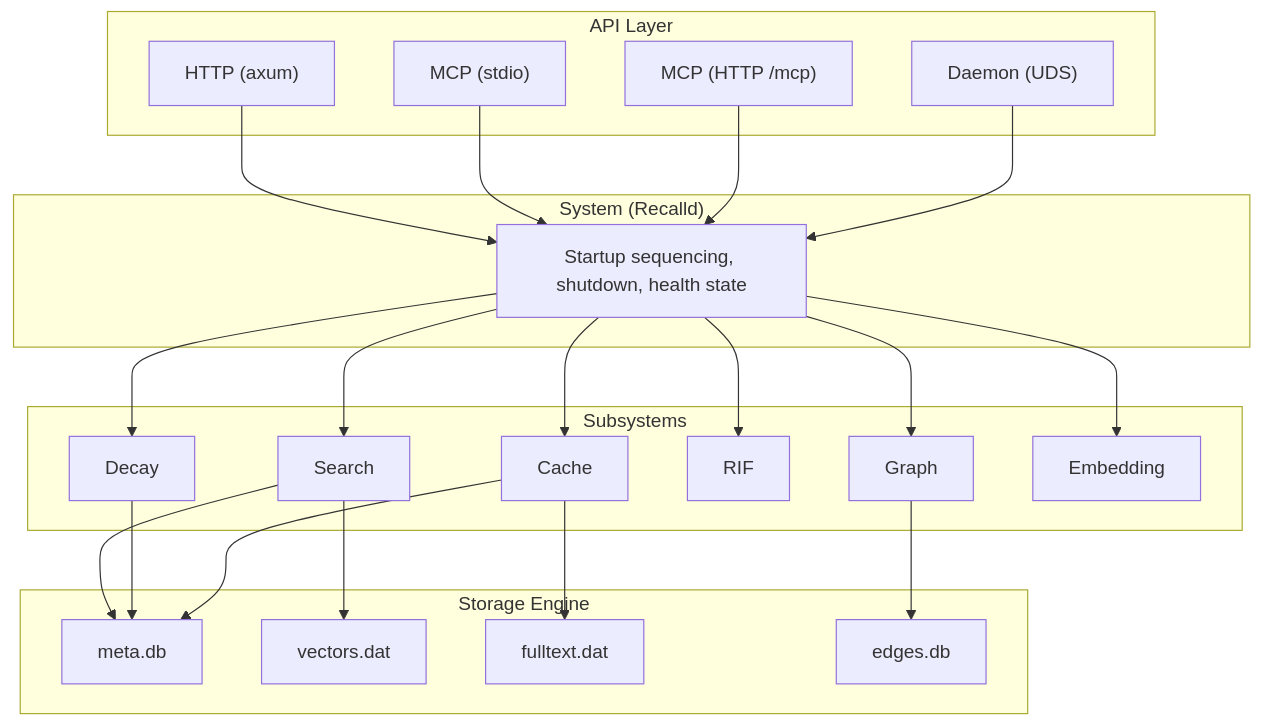
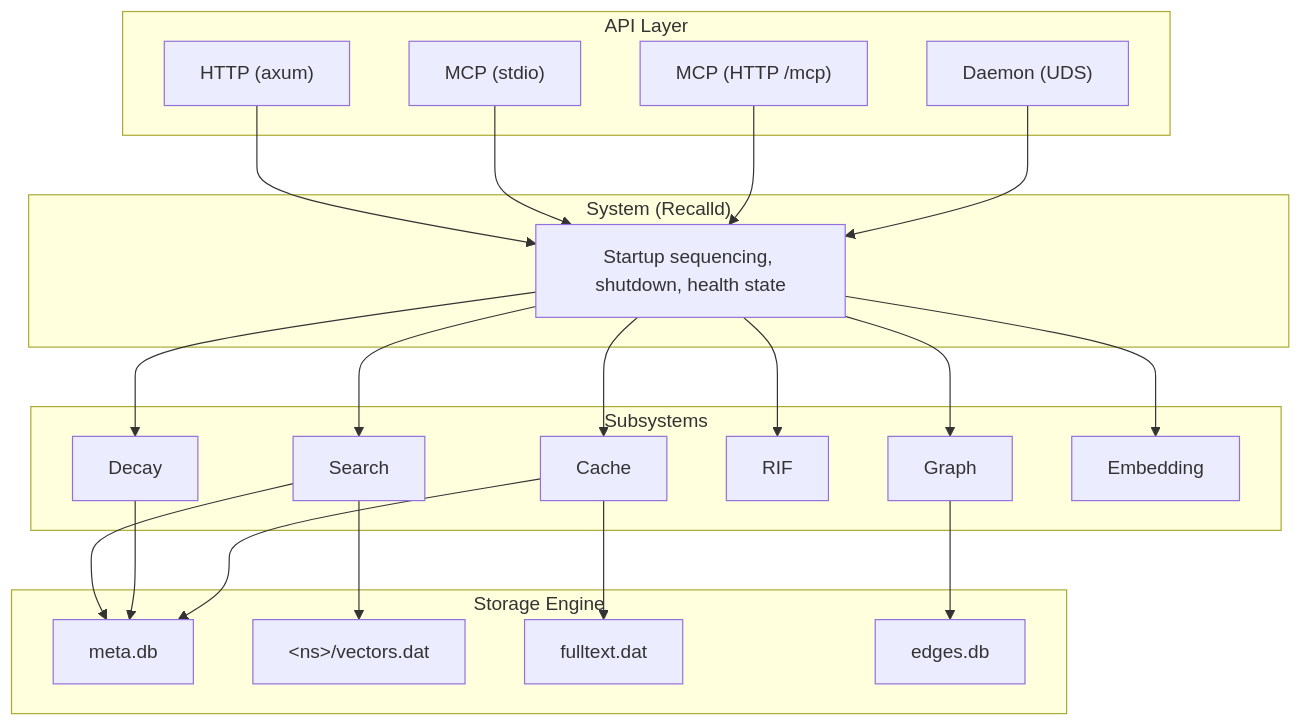
Before and after one commit to calebevans/recalld: the first of 2 diagrams in docs/architecture.md, drawn with Mermaid. The commit also changed other lines of this file and 3 other files, not shown here.

````diff
--- a/docs/architecture.md
+++ b/docs/architecture.md
@@ -23,46 +23,46 @@
 ```mermaid
 graph TD
     subgraph API["API Layer"]
         HTTP["HTTP (axum)"]
         MCP_STDIO["MCP (stdio)"]
         MCP_HTTP["MCP (HTTP /mcp)"]
         DAEMON["Daemon (UDS)"]
     end
 
     subgraph SYS["System (Recalld)"]
         ORCH["Startup sequencing, shutdown, health state"]
     end
 
     subgraph SUBSYSTEMS["Subsystems"]
         SEARCH["Search"]
         GRAPH["Graph"]
         DECAY["Decay"]
         RIF_S["RIF"]
         CACHE_S["Cache"]
         EMBED["Embedding"]
     end
 
     subgraph STORE["Storage Engine"]
         META["meta.db"]
-        VEC["vectors.dat"]
+        VEC["&lt;ns&gt;/vectors.dat"]
         TXT["fulltext.dat"]
         EDGES["edges.db"]
     end
 
     HTTP --> ORCH
     MCP_STDIO --> ORCH
     MCP_HTTP --> ORCH
     DAEMON --> ORCH
     ORCH --> SEARCH
     ORCH --> GRAPH
     ORCH --> DECAY
     ORCH --> RIF_S
     ORCH --> CACHE_S
     ORCH --> EMBED
     SEARCH --> META
     SEARCH --> VEC
     DECAY --> META
     GRAPH --> EDGES
     CACHE_S --> META
     CACHE_S --> TXT
 ```
````
